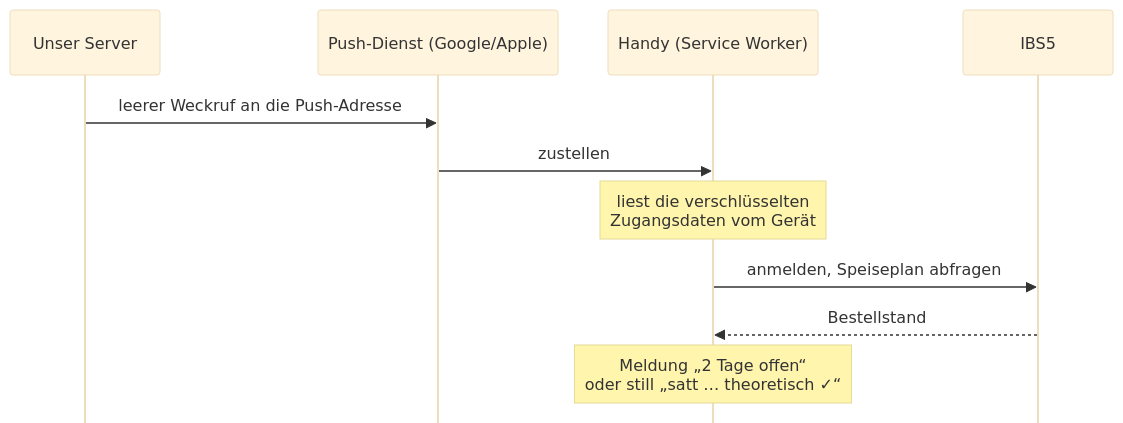
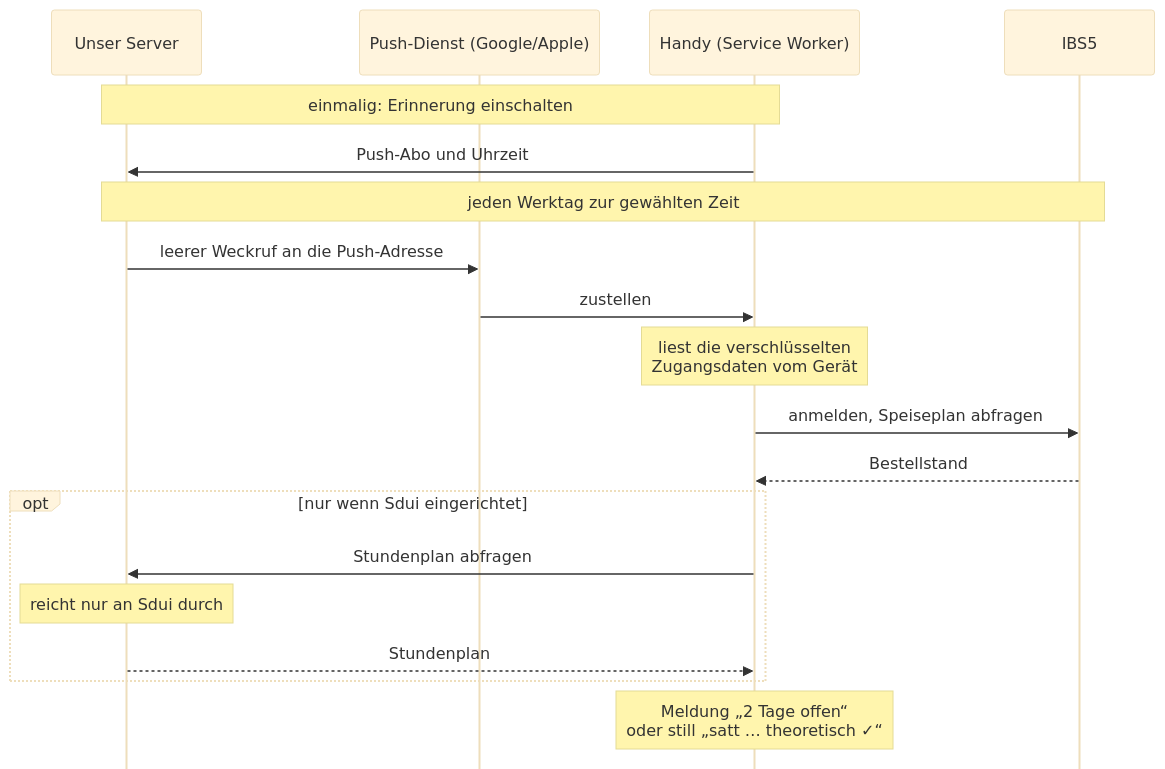
The diagram in README.md (thmschk/sunshine-reminder), drawn with Mermaid (base theme) before and after one commit. The commit also changed other lines of this file, not shown here.

Commit message:
README: Weckruf-Diagramm zeigt die Anmeldung beim Server und den Sdui-Abruf

````diff
--- a/README.md
+++ b/README.md
@@ -85,14 +86,22 @@
    ```mermaid
    %%{init: {"sequence": {"mirrorActors": false}}}%%
    sequenceDiagram
        participant S as Unser Server
        participant P as Push-Dienst (Google/Apple)
        participant H as Handy (Service Worker)
        participant I as IBS5
+       Note over S,H: einmalig: Erinnerung einschalten
+       H->>S: Push-Abo und Uhrzeit
+       Note over S,I: jeden Werktag zur gewählten Zeit
        S->>P: leerer Weckruf an die Push-Adresse
        P->>H: zustellen
        Note over H: liest die verschlüsselten<br/>Zugangsdaten vom Gerät
        H->>I: anmelden, Speiseplan abfragen
        I-->>H: Bestellstand
+       opt nur wenn Sdui eingerichtet
+           H->>S: Stundenplan abfragen
+           Note over S: reicht nur an Sdui durch
+           S-->>H: Stundenplan
+       end
        Note over H: Meldung „2 Tage offen“<br/>oder still „satt … theoretisch ✓“
    ```
````
